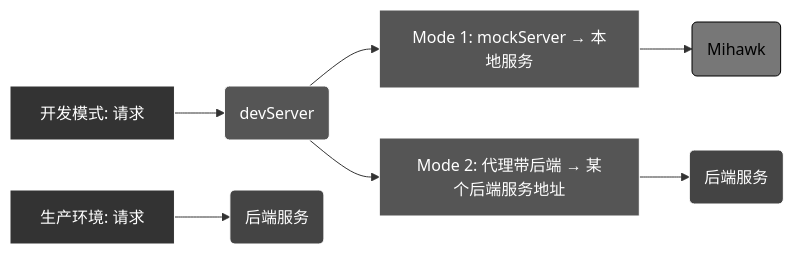
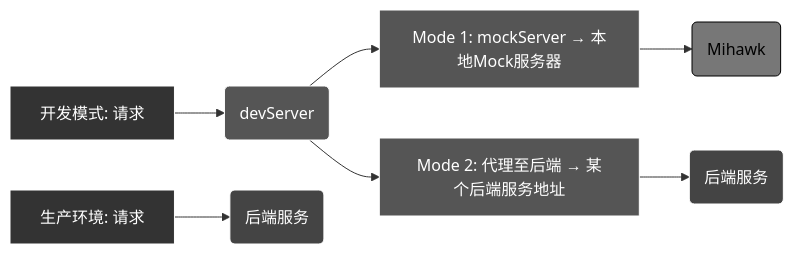
The diagram in README.zh_CN.md (Froguard/mihawk), drawn with Mermaid before and after one commit. The commit also changed other lines of this file and 1 other file, not shown here.

````diff
--- a/README.zh_CN.md
+++ b/README.zh_CN.md
@@ -288,27 +26,27 @@
 ```mermaid
 graph LR
     A[开发模式: 请求] --> B(devServer)
-    B --> D1[Mode 1: mockServer → 本地服务]
-    B --> D2[Mode 2: 代理带后端 → 某个后端服务地址]
+    B --> D1[Mode 1: mockServer → 本地Mock服务器]
+    B --> D2[Mode 2: 代理至后端 → 某个后端服务地址]
     D1 --> C(Mihawk)
     D2 --> E(后端服务)
 
     F[生产环境: 请求] --> G(后端服务)
 
     style A fill:#333,stroke:#fff,fill-opacity:1,color:#fff
     style B fill:#555,stroke:#fff,fill-opacity:1,color:#fff
     style C fill:#777,stroke:#000,fill-opacity:1,color:#000
     style D1 fill:#555,stroke:#fff,fill-opacity:1,color:#fff
     style D2 fill:#555,stroke:#fff,fill-opacity:1,color:#fff
     style E fill:#444,stroke:#fff,fill-opacity:1,color:#fff
     style F fill:#333,stroke:#fff,fill-opacity:1,color:#fff
     style G fill:#444,stroke:#fff,fill-opacity:1,color:#fff
 
     classDef devStyle fill:#333,stroke:#fff,fill-opacity:1,color:#fff;
     classDef serviceStyle fill:#555,stroke:#fff,fill-opacity:1,color:#fff;
     classDef backendStyle fill:#444,stroke:#fff,fill-opacity:1,color:#fff;
 
     class A,F devStyle
     class B,D1,D2 serviceStyle
     class C,E,G backendStyle
 ```
````
